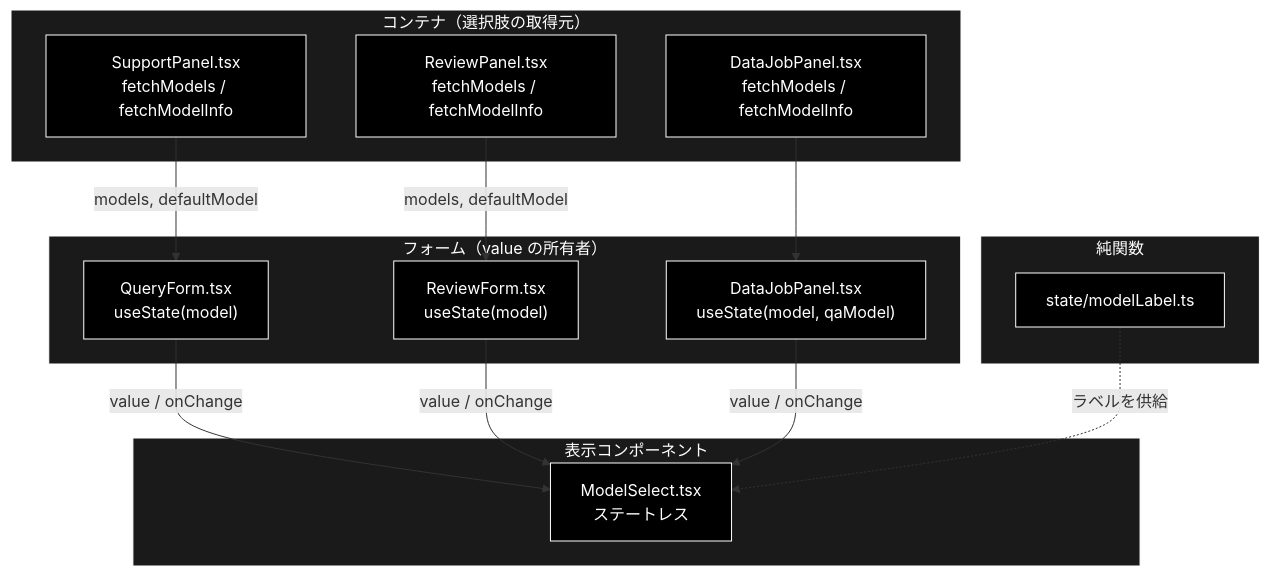
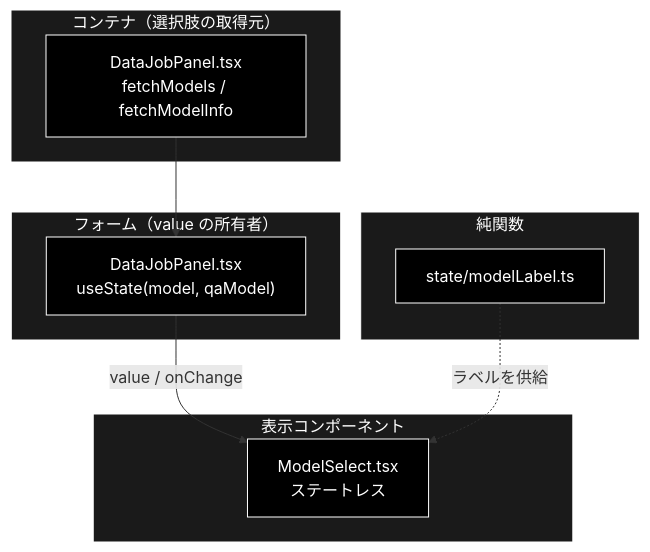
One commit to nakashima2toshio/grace_v2 changed the first of 2 diagrams in frontend/docs/ModelSelect.md. Above: the diagram before and after it, drawn with Mermaid. The commit also changed other lines of this file and 18 other files, not shown here.

````diff
--- a/frontend/docs/ModelSelect.md
+++ b/frontend/docs/ModelSelect.md
@@ -63,33 +69,25 @@
 ```mermaid
 flowchart TB
     subgraph Container["コンテナ（選択肢の取得元）"]
-        SP["SupportPanel.tsx<br>fetchModels / fetchModelInfo"]
-        RP["ReviewPanel.tsx<br>fetchModels / fetchModelInfo"]
         DP["DataJobPanel.tsx<br>fetchModels / fetchModelInfo"]
     end
     subgraph Form["フォーム（value の所有者）"]
-        QF["QueryForm.tsx<br>useState(model)"]
-        RF["ReviewForm.tsx<br>useState(model)"]
         DJ["DataJobPanel.tsx<br>useState(model, qaModel)"]
     end
     subgraph Pure["純関数"]
         ML["state/modelLabel.ts"]
     end
     subgraph Presentational["表示コンポーネント"]
         MS["ModelSelect.tsx<br>ステートレス"]
     end
-    SP -->|"models, defaultModel"| QF
-    RP -->|"models, defaultModel"| RF
     DP --> DJ
-    QF -->|"value / onChange"| MS
-    RF -->|"value / onChange"| MS
     DJ -->|"value / onChange"| MS
     ML -.ラベルを供給.-> MS
 classDef default fill:#000,stroke:#fff,color:#fff
 classDef subgraphStyle fill:#1a1a1a,stroke:#fff,color:#fff
-class SP,RP,DP,QF,RF,DJ,ML,MS default
+class DP,DJ,ML,MS default
 style Container fill:#1a1a1a,stroke:#fff,color:#fff
 style Form fill:#1a1a1a,stroke:#fff,color:#fff
 style Pure fill:#1a1a1a,stroke:#fff,color:#fff
 style Presentational fill:#1a1a1a,stroke:#fff,color:#fff
 ```
````
